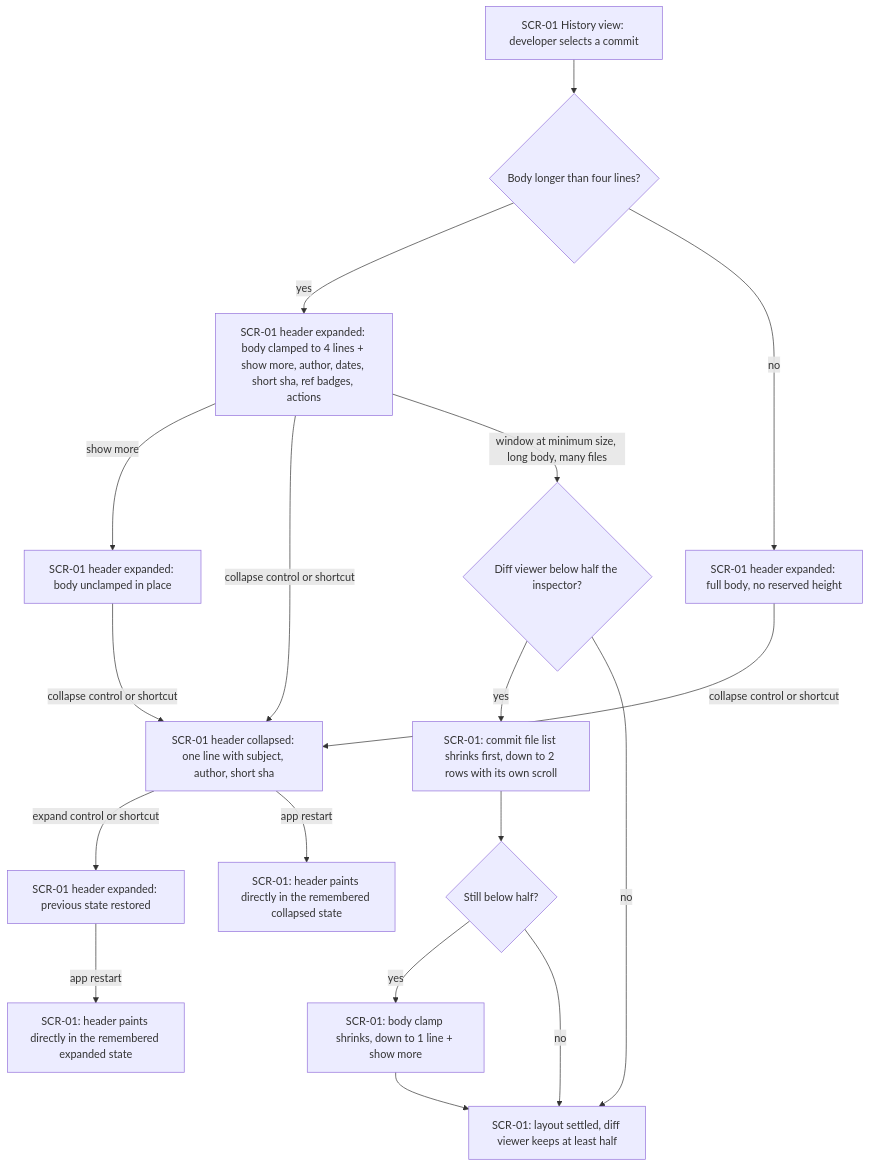
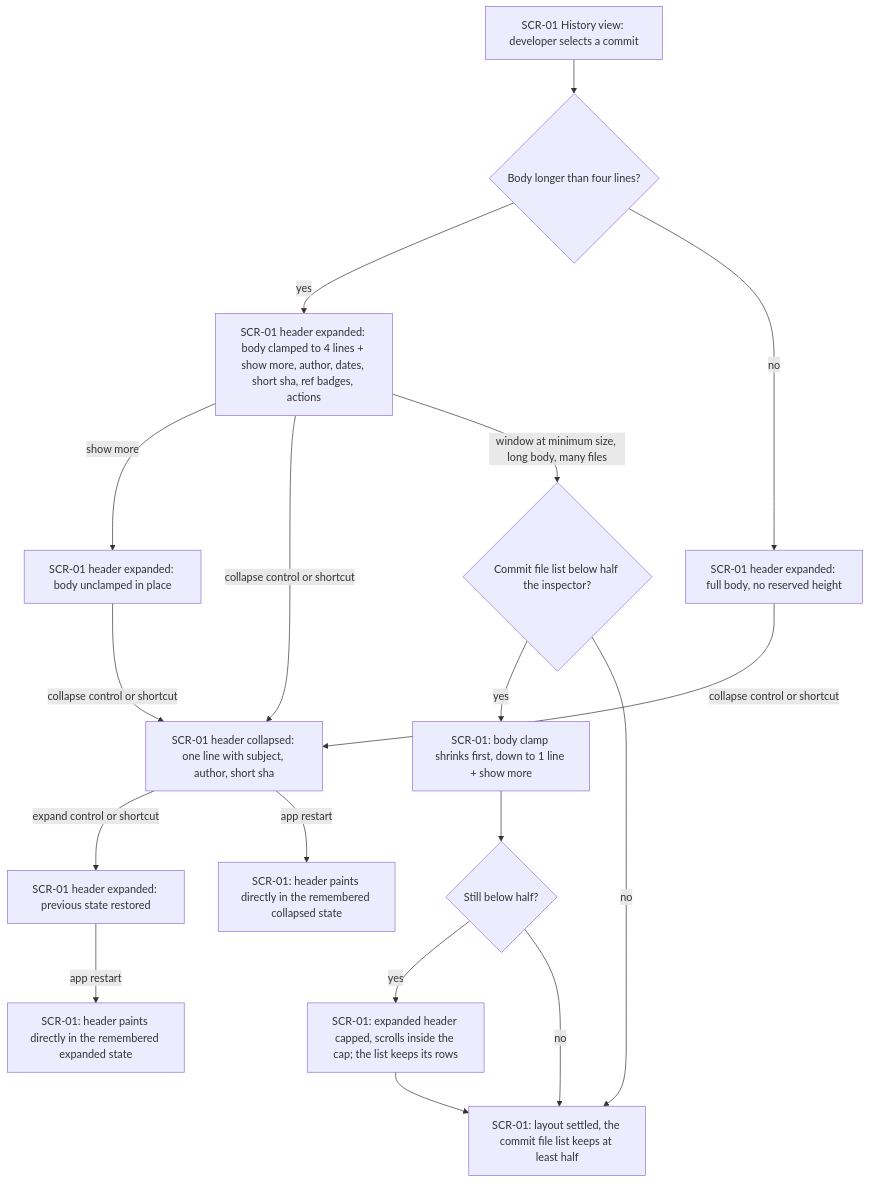
The first of 8 diagrams in docs/features/inspector-diff-workspace/ux-flows.md (jmoreno22/yoru-merge), drawn with Mermaid before and after one commit. The commit also changed other lines of this file and 69 other files, not shown here.

````diff
--- a/docs/features/inspector-diff-workspace/ux-flows.md
+++ b/docs/features/inspector-diff-workspace/ux-flows.md
@@ -44,20 +44,20 @@
 ```mermaid
 flowchart TD
     A["SCR-01 History view: developer selects a commit"] --> B{"Body longer than four lines?"}
     B -->|"yes"| C["SCR-01 header expanded: body clamped to 4 lines + show more, author, dates, short sha, ref badges, actions"]
     B -->|"no"| D["SCR-01 header expanded: full body, no reserved height"]
     C -->|"show more"| E["SCR-01 header expanded: body unclamped in place"]
     C -->|"collapse control or shortcut"| F["SCR-01 header collapsed: one line with subject, author, short sha"]
     D -->|"collapse control or shortcut"| F
     E -->|"collapse control or shortcut"| F
     F -->|"expand control or shortcut"| G["SCR-01 header expanded: previous state restored"]
-    C -->|"window at minimum size, long body, many files"| H{"Diff viewer below half the inspector?"}
-    H -->|"yes"| I["SCR-01: commit file list shrinks first, down to 2 rows with its own scroll"]
+    C -->|"window at minimum size, long body, many files"| H{"Commit file list below half the inspector?"}
+    H -->|"yes"| I["SCR-01: body clamp shrinks first, down to 1 line + show more"]
     I --> J{"Still below half?"}
-    J -->|"yes"| K["SCR-01: body clamp shrinks, down to 1 line + show more"]
-    J -->|"no"| L["SCR-01: layout settled, diff viewer keeps at least half"]
+    J -->|"yes"| K["SCR-01: expanded header capped, scrolls inside the cap; the list keeps its rows"]
+    J -->|"no"| L["SCR-01: layout settled, the commit file list keeps at least half"]
     K --> L
     H -->|"no"| L
     F -->|"app restart"| M["SCR-01: header paints directly in the remembered collapsed state"]
     G -->|"app restart"| N["SCR-01: header paints directly in the remembered expanded state"]
 ```
````
